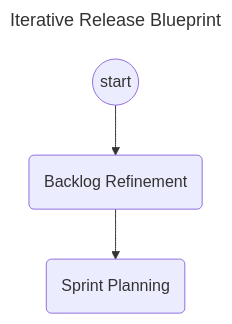
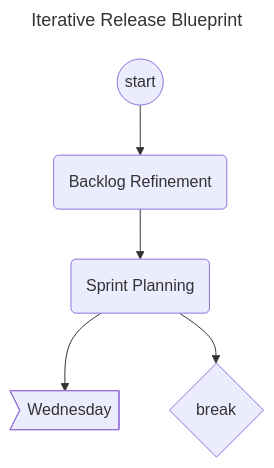
Before and after one commit to jessicahirsch/Mermaid-Diagrams: the diagram in diagrams/diagram3.mmd, drawn with Mermaid.

Commit message:
feat(diagram3): breakpoint

```diff
--- a/diagrams/diagram3.mmd
+++ b/diagrams/diagram3.mmd
@@ -1,8 +1,12 @@
 ---
 title: Iterative Release Blueprint
 ---
 
 flowchart TD
 
-A((start))-->B(Backlog Refinement)
-B(Backlog Refinement)-->C(Sprint Planning)
+id1((start))-->A(Backlog Refinement)
+A(Backlog Refinement)-->B(Sprint Planning)
+
+B(Sprint Planning)-->id2>Wednesday]
+
+B(Sprint Planning)-->id3{break}
```
